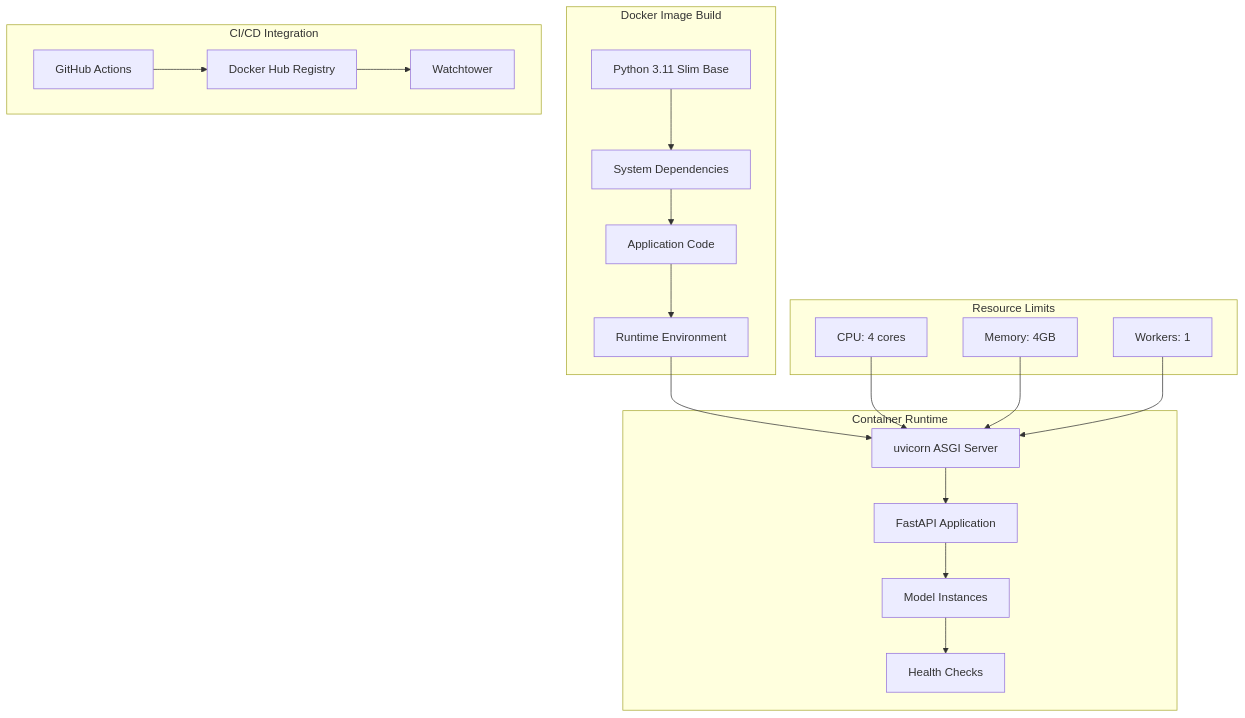
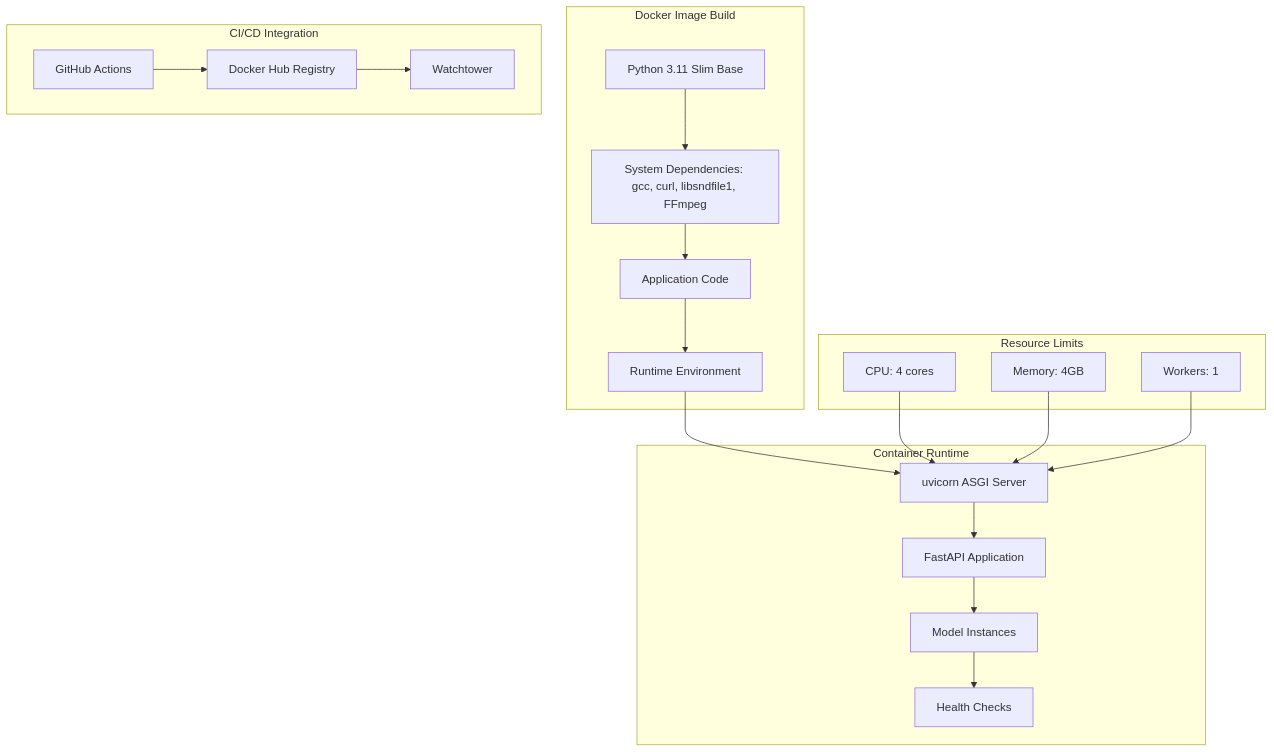
Diagram 11 of 12 in .qoder/repowiki/en/content/Deployment & DevOps/Speech Service Microservice.md (Revanththetalogics/aireume), drawn with Mermaid before and after one commit. The commit also changed other lines of this file and 118 other files, not shown here.

````diff
--- a/.qoder/repowiki/en/content/Deployment & DevOps/Speech Service Microservice.md
+++ b/.qoder/repowiki/en/content/Deployment & DevOps/Speech Service Microservice.md
@@ -415,37 +511,37 @@
 ```mermaid
 graph TB
 subgraph "Docker Image Build"
 A[Python 3.11 Slim Base]
-B[System Dependencies]
+B[System Dependencies: gcc, curl, libsndfile1, FFmpeg]
 C[Application Code]
 D[Runtime Environment]
 end
 subgraph "Container Runtime"
 E[uvicorn ASGI Server]
 F[FastAPI Application]
 G[Model Instances]
 H[Health Checks]
 end
 subgraph "Resource Limits"
 I[CPU: 4 cores]
 J[Memory: 4GB]
 K[Workers: 1]
 end
 subgraph "CI/CD Integration"
 L[GitHub Actions]
 M[Docker Hub Registry]
 N[Watchtower]
 end
 A --> B
 B --> C
 C --> D
 D --> E
 E --> F
 F --> G
 G --> H
 I --> E
 J --> E
 K --> E
 L --> M
 M --> N
 ```
````
